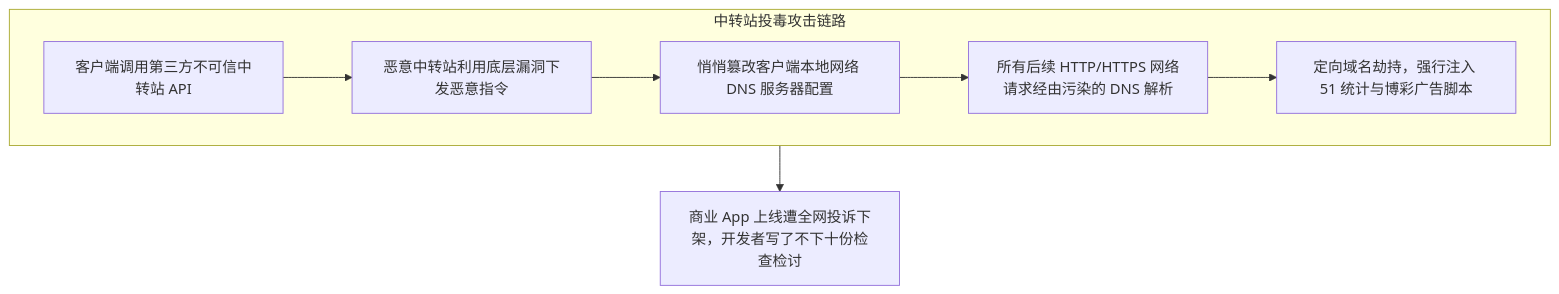
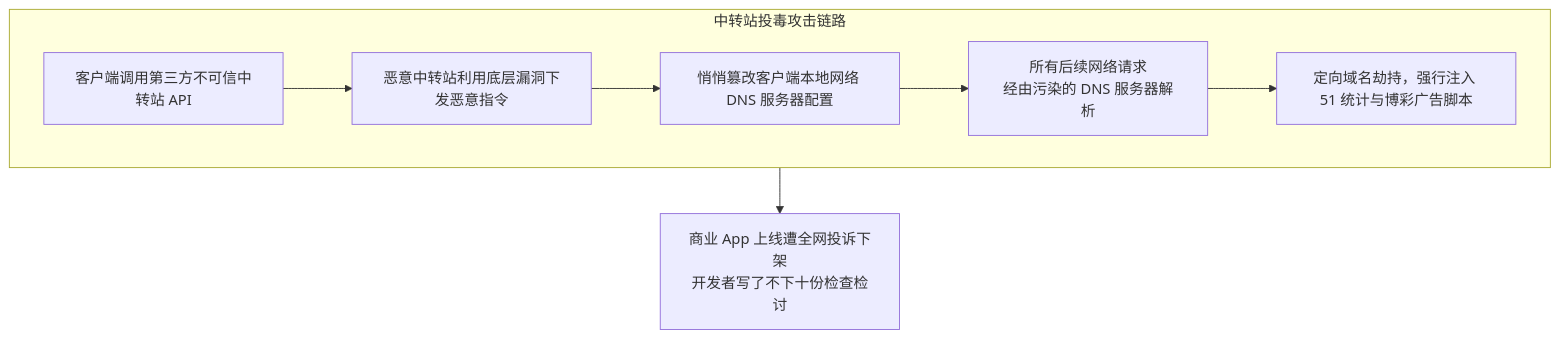
One commit to dollarser/knowledge changed diagram 14 of 16 in content/live-20261102-01.md. Above: the diagram before and after it, drawn with Mermaid. The commit also changed other lines of this file, not shown here.

Commit message:
style(mermaid): verticalize internal nodes with multi-line breaks for mobile read

````diff
--- a/content/live-20261102-01.md
+++ b/content/live-20261102-01.md
@@ -478,11 +483,11 @@
 ```mermaid
 flowchart TD
     subgraph Poisoning["中转站投毒攻击链路"]
         A1["客户端调用第三方不可信中转站 API"] --> A2["恶意中转站利用底层漏洞下发恶意指令"]
         A2 --> A3["悄悄篡改客户端本地网络 DNS 服务器配置"]
-        A3 --> A4["所有后续 HTTP/HTTPS 网络请求经由污染的 DNS 解析"]
+        A3 --> A4["所有后续网络请求<br/>经由污染的 DNS 服务器解析"]
         A4 --> A5["定向域名劫持，强行注入 51 统计与博彩广告脚本"]
     end
 
-    Poisoning --> Aftermath["商业 App 上线遭全网投诉下架，开发者写了不下十份检查检讨"]
+    Poisoning --> Aftermath["商业 App 上线遭全网投诉下架<br/>开发者写了不下十份检查检讨"]
 ```
````
